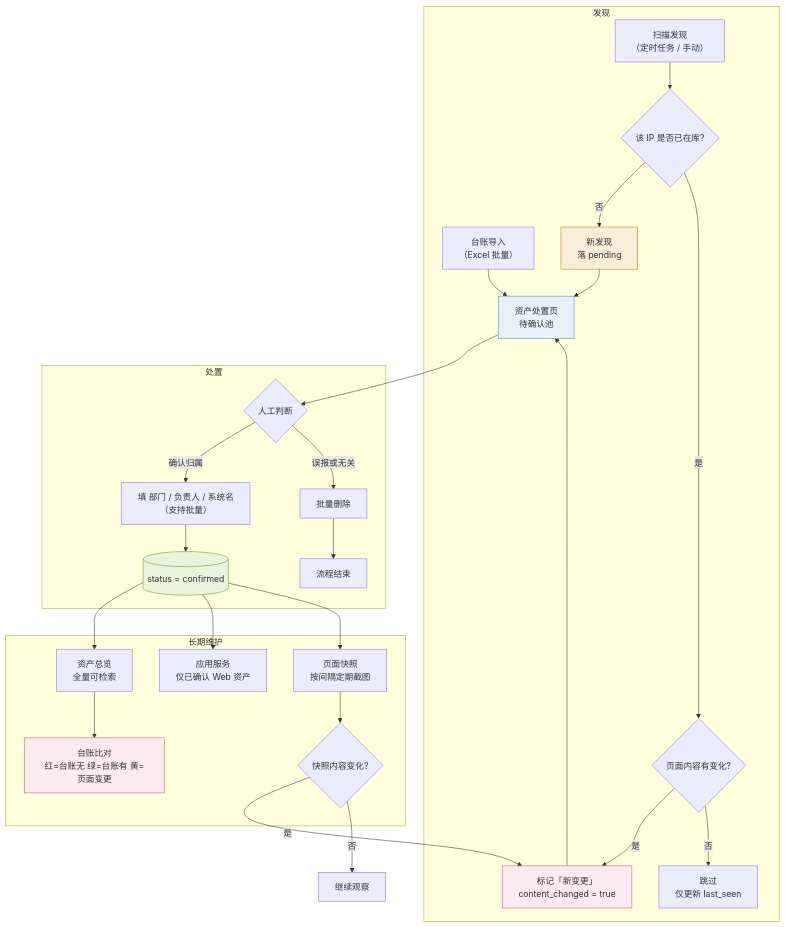
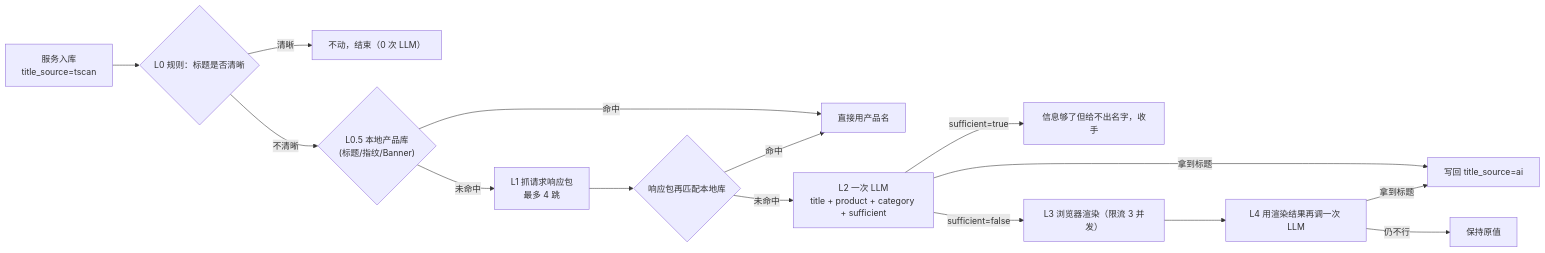
The fifth of 5 diagrams in README.md (RongSec/CyberLook), drawn with Mermaid before and after one commit. The commit also changed other lines of this file and 87 other files, not shown here.

````diff
--- a/README.md
+++ b/README.md
@@ -166,38 +376,17 @@
 ```mermaid
-flowchart TD
-    subgraph 发现
-        A1["台账导入<br/>（Excel 批量）"] --> J
-        A2["扫描发现<br/>（定时任务 / 手动）"] --> D{"该 IP 是否已在库?"}
-        D -->|"否"| E["新发现<br/>落 pending"]
-        D -->|"是"| F{"页面内容有变化?"}
-        F -->|"是"| G["标记「新变更」<br/>content_changed = true"]
-        F -->|"否"| H["跳过<br/>仅更新 last_seen"]
-    end
-
-    subgraph 处置
-        E --> J["资产处置页<br/>待确认池"]
-        G --> J
-        J --> K{"人工判断"}
-        K -->|"确认归属"| L["填 部门 / 负责人 / 系统名<br/>（支持批量）"]
-        K -->|"误报或无关"| M["批量删除"]
-        L --> N[("status = confirmed")]
-        M --> Z["流程结束"]
-    end
-
-    subgraph 长期维护
-        N --> O["资产总览<br/>全量可检索"]
-        N --> P["应用服务<br/>仅已确认 Web 资产"]
-        N --> Q["页面快照<br/>按间隔定期截图"]
-        O --> R["台账比对<br/>红=台账无 绿=台账有 黄=页面变更"]
-        Q --> S{"快照内容变化?"}
-    end
-
-    S -->|"是"| G
-    S -->|"否"| T["继续观察"]
-
-    style E fill:#FAEEDA,stroke:#BA7517
-    style N fill:#EAF3DE,stroke:#639922
-    style J fill:#E6F1FB,stroke:#378ADD
-    style R fill:#FBEAF0,stroke:#D4537E
-    style G fill:#FBEAF0,stroke:#D4537E
+flowchart LR
+    A["服务入库<br/>title_source=tscan"] --> B{"L0 规则：标题是否清晰"}
+    B -->|"清晰"| Z["不动，结束（0 次 LLM）"]
+    B -->|"不清晰"| C{"L0.5 本地产品库<br/>(标题/指纹/Banner)"}
+    C -->|"命中"| Z2["直接用产品名"]
+    C -->|"未命中"| D["L1 抓请求响应包<br/>最多 4 跳"]
+    D --> E{"响应包再匹配本地库"}
+    E -->|"命中"| Z2
+    E -->|"未命中"| F["L2 一次 LLM<br/>title + product + category + sufficient"]
+    F -->|"拿到标题"| Z3["写回 title_source=ai"]
+    F -->|"sufficient=true"| Z4["信息够了但给不出名字，收手"]
+    F -->|"sufficient=false"| G["L3 浏览器渲染（限流 3 并发）"]
+    G --> H["L4 用渲染结果再调一次 LLM"]
+    H -->|"拿到标题"| Z3
+    H -->|"仍不行"| Z5["保持原值"]
 ```
````
